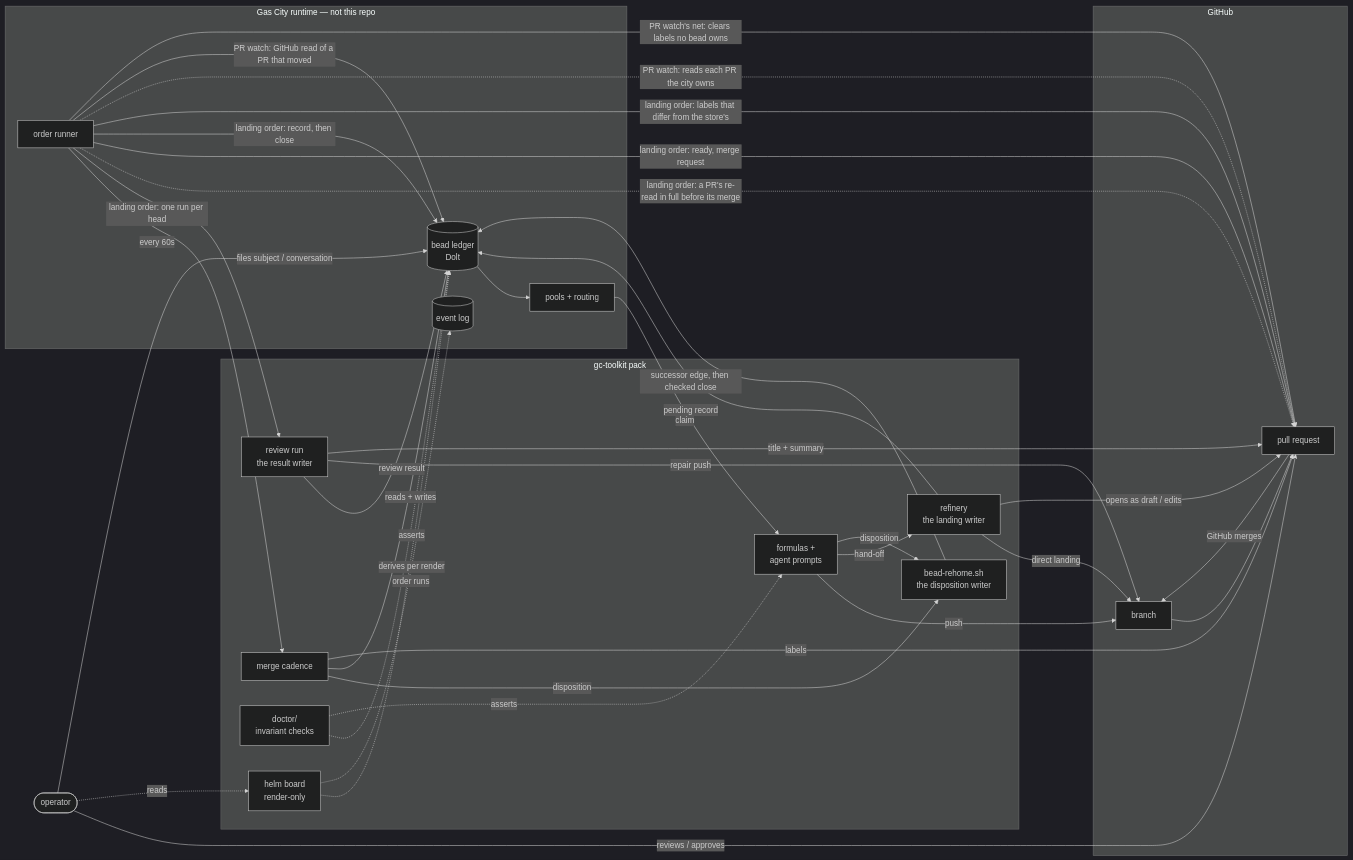
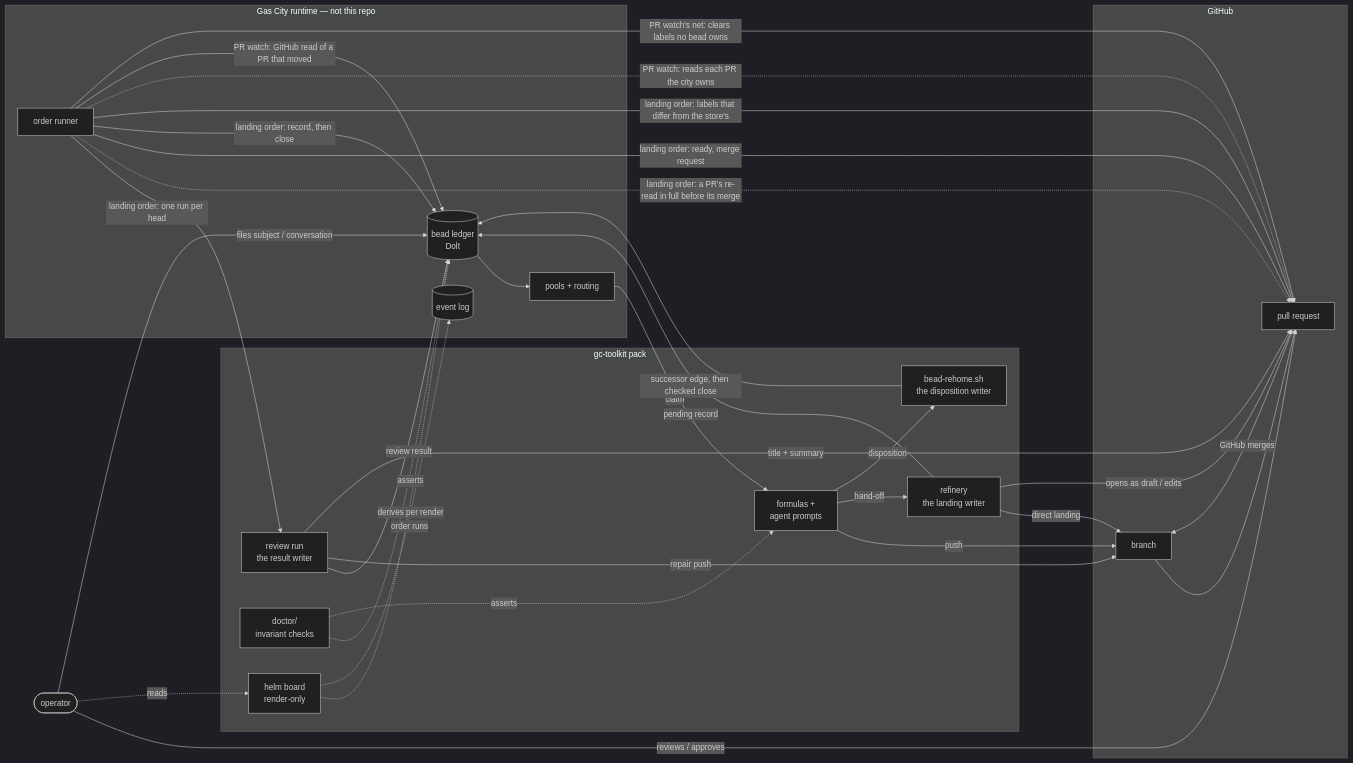
One commit to zookanalytics/gc-toolkit changed the diagram in docs/architecture.md. Above: the diagram before and after it, drawn with Mermaid (dark theme). The commit also changed other lines of this file and 8 other files, not shown here.

````diff
--- a/docs/architecture.md
+++ b/docs/architecture.md
@@ -40,57 +40,52 @@
 ```mermaid
 flowchart LR
   OP([operator])
   subgraph city["Gas City runtime — not this repo"]
     LEDGER[(bead ledger<br/>Dolt)]
     EVT[(event log)]
     POOL[pools + routing]
     ORD[order runner]
   end
   subgraph pack["gc-toolkit pack"]
     FORM[formulas +<br/>agent prompts]
     REF[refinery<br/>the landing writer]
     DISP[bead-rehome.sh<br/>the disposition writer]
-    CAD[merge cadence]
     RUN[review run<br/>the result writer]
     DOC[doctor/<br/>invariant checks]
     HELM[helm board<br/>render-only]
   end
   subgraph git["GitHub"]
     BR[branch]
     PR[pull request]
   end
 
   OP -->|files subject / conversation| LEDGER
   OP -->|reviews / approves| PR
   OP -.->|reads| HELM
   LEDGER --> POOL
   POOL -->|claim| FORM
   FORM -->|push| BR
   FORM -->|hand-off| REF
   REF -->|direct landing| BR
   REF -->|opens as draft / edits| PR
   REF -->|pending record| LEDGER
   FORM -->|disposition| DISP
-  CAD -->|disposition| DISP
   DISP -->|successor edge, then checked close| LEDGER
   RUN -->|review result| LEDGER
   RUN -->|repair push| BR
   RUN -->|title + summary| PR
-  ORD -->|every 60s| CAD
   ORD -->|landing order: one run per head| RUN
   ORD -.->|landing order: a PR's re-read in full before its merge| PR
   ORD -->|landing order: ready, merge request| PR
   ORD -->|landing order: record, then close| LEDGER
   ORD -->|landing order: labels that differ from the store's| PR
   ORD -.->|PR watch: reads each PR the city owns| PR
   ORD -->|PR watch: GitHub read of a PR that moved| LEDGER
   ORD -->|PR watch's net: clears labels no bead owns| PR
-  CAD -->|reads + writes| LEDGER
-  CAD -->|labels| PR
   BR --> PR
   PR -->|GitHub merges| BR
   HELM -.->|derives per render| LEDGER
   HELM -.->|order runs| EVT
   DOC -.->|asserts| LEDGER
   DOC -.->|asserts| FORM
 ```
````
